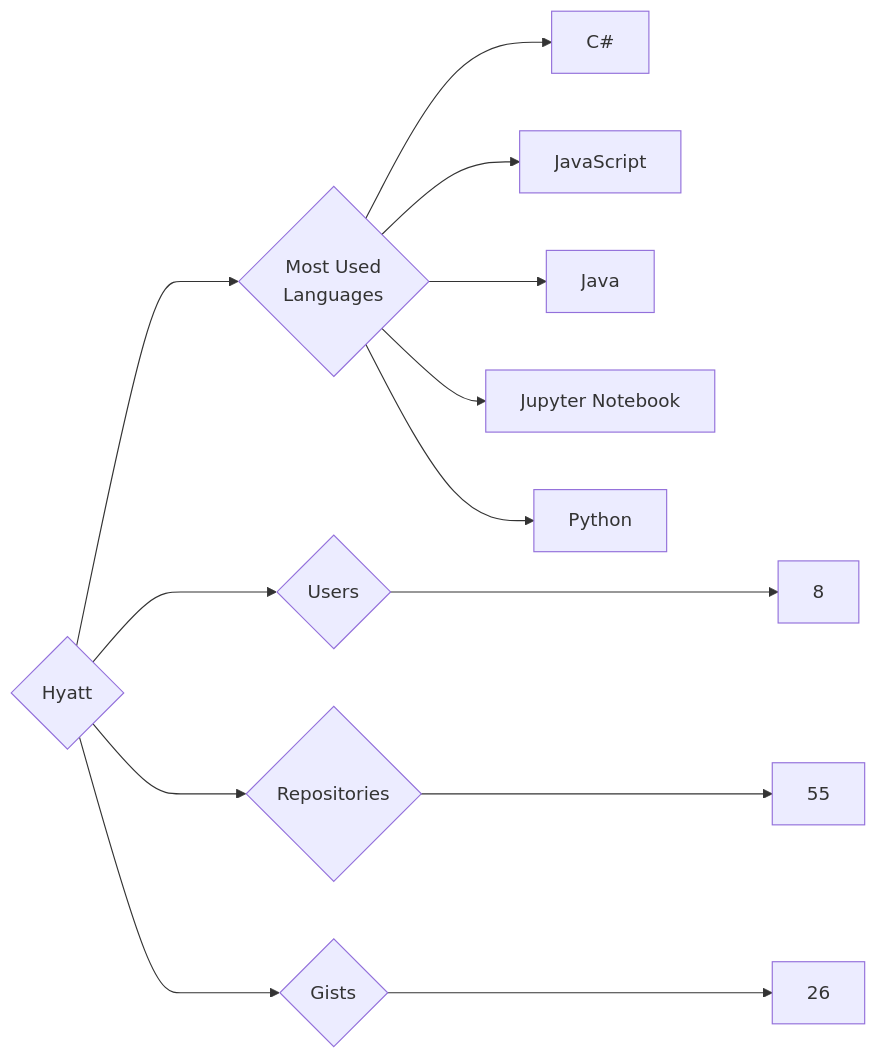
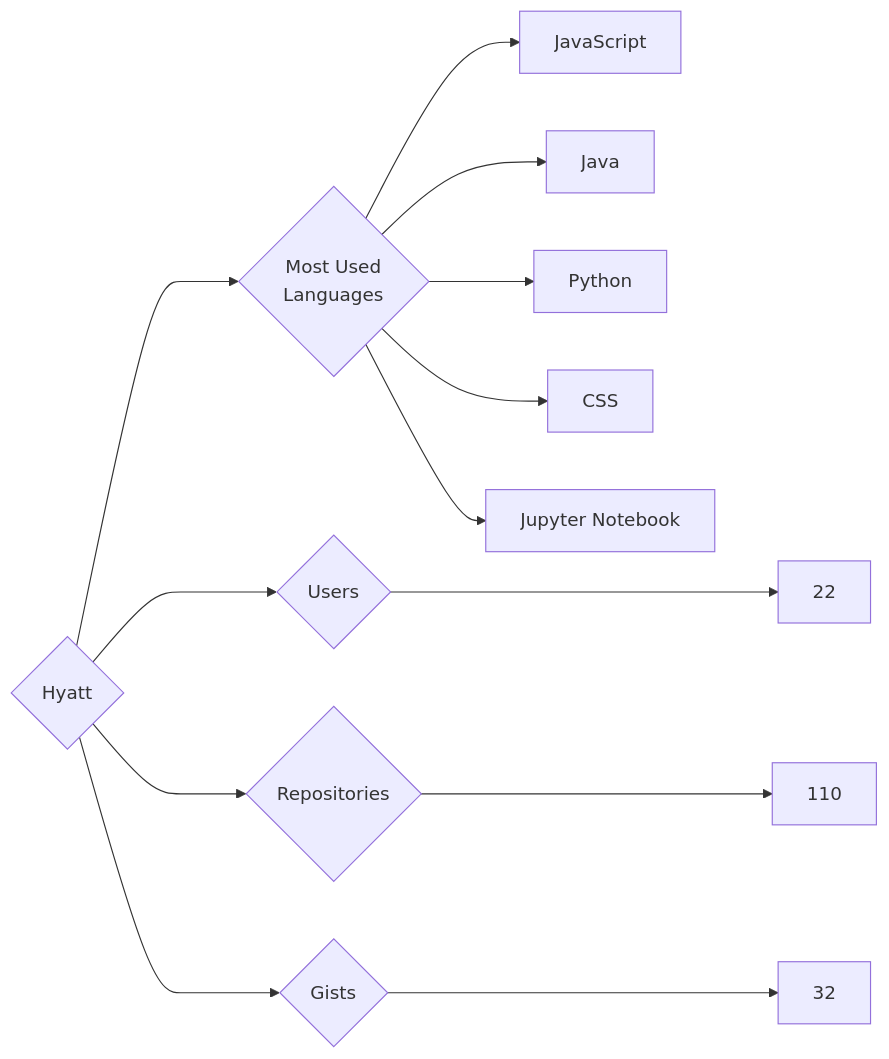
The diagram in targets/Hyatt/README.md (trickest/insiders), drawn with Mermaid before and after one commit. The commit also changed 894 other files, not shown here.

````diff
--- a/targets/Hyatt/README.md
+++ b/targets/Hyatt/README.md
@@ -3,13 +3,13 @@
 ```mermaid
 graph LR
 COMPANY_NAME{Hyatt}
-COMPANY_NAME ---> U{Users} ---> UN[8]
-COMPANY_NAME ---> R{Repositories} ---> RN[55]
-COMPANY_NAME ---> G{Gists} ---> GN[26]
+COMPANY_NAME ---> U{Users} ---> UN[22]
+COMPANY_NAME ---> R{Repositories} ---> RN[110]
+COMPANY_NAME ---> G{Gists} ---> GN[32]
 COMPANY_NAME ---> ML{Most Used<br>Languages}
-ML --> C#[C#]
 ML --> JavaScript[JavaScript]
 ML --> Java[Java]
+ML --> Python[Python]
+ML --> CSS[CSS]
 ML --> Jupyter_Notebook[Jupyter Notebook]
-ML --> Python[Python]
 ```
````
